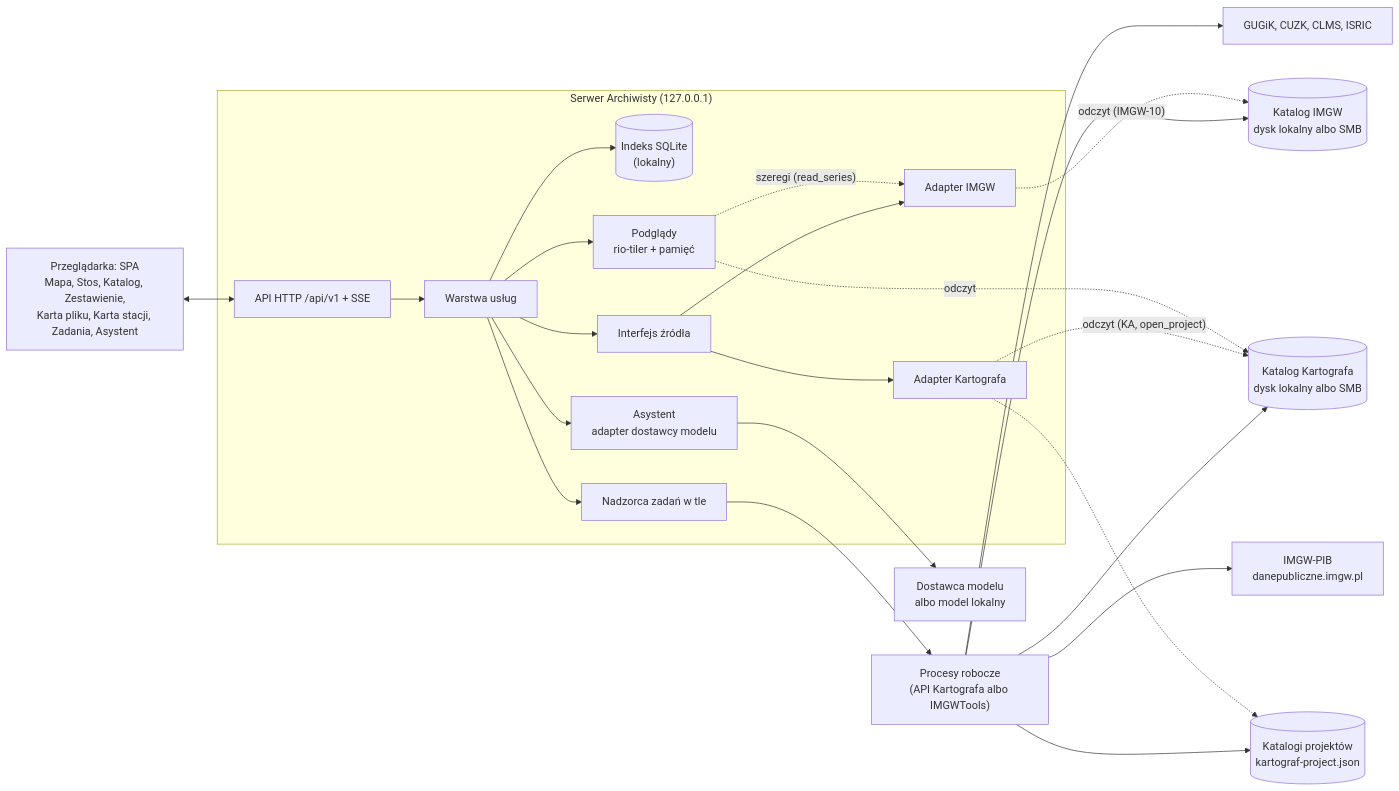
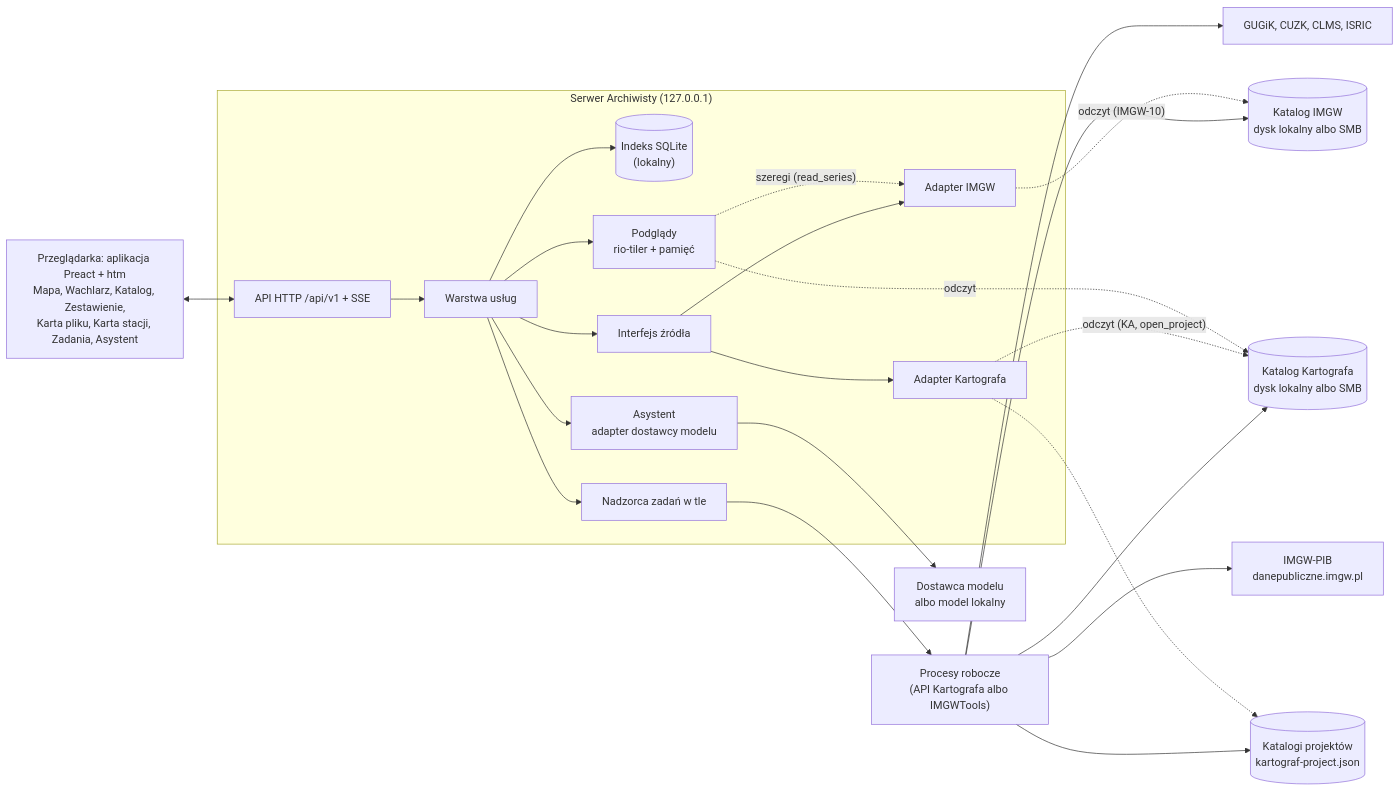
The first of 2 diagrams in docs/SPEC.md (Daldek/Archiwista), drawn with Mermaid before and after one commit. The commit also changed other lines of this file and 1 other file, not shown here.

````diff
--- a/docs/SPEC.md
+++ b/docs/SPEC.md
@@ -838,43 +983,43 @@
 ```mermaid
 flowchart LR
-  UI["Przeglądarka: SPA<br/>Mapa, Stos, Katalog, Zestawienie,<br/>Karta pliku, Karta stacji, Zadania, Asystent"]
+  UI["Przeglądarka: aplikacja Preact + htm<br/>Mapa, Wachlarz, Katalog, Zestawienie,<br/>Karta pliku, Karta stacji, Zadania, Asystent"]
   subgraph S["Serwer Archiwisty (127.0.0.1)"]
     API["API HTTP /api/v1 + SSE"]
     SVC["Warstwa usług"]
     IDX[("Indeks SQLite<br/>(lokalny)")]
     PRV["Podglądy<br/>rio-tiler + pamięć"]
     SUP["Nadzorca zadań w tle"]
     AG["Asystent<br/>adapter dostawcy modelu"]
     SRCI["Interfejs źródła"]
     AK["Adapter Kartografa"]
     AI["Adapter IMGW"]
   end
   W["Procesy robocze<br/>(API Kartografa albo IMGWTools)"]
   MAG[("Katalog Kartografa<br/>dysk lokalny albo SMB")]
   MIG[("Katalog IMGW<br/>dysk lokalny albo SMB")]
   PRJ[("Katalogi projektów<br/>kartograf-project.json")]
   SRC["GUGiK, CUZK, CLMS, ISRIC"]
   SIM["IMGW-PIB<br/>danepubliczne.imgw.pl"]
   LLM["Dostawca modelu<br/>albo model lokalny"]
   UI <--> API
   API --> SVC
   SVC --> IDX
   SVC --> PRV
   SVC --> SUP
   SVC --> AG
   SVC --> SRCI
   SRCI --> AK
   SRCI --> AI
   AG --> LLM
   SUP --> W
   W --> MAG
   W --> MIG
   W --> PRJ
   W --> SRC
   W --> SIM
   AK -. "odczyt (KA, open_project)" .-> MAG
   AK -.-> PRJ
   AI -. "odczyt (IMGW-10)" .-> MIG
   PRV -. odczyt .-> MAG
   PRV -. "szeregi (read_series)" .-> AI
 ```
````
